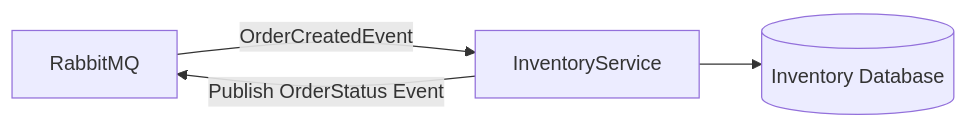
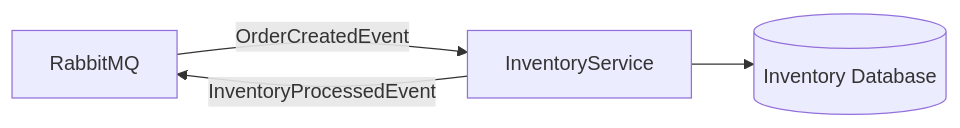
One commit to BrandonGatewood/distributedOrderProcessingSystem changed the second of 3 diagrams in README.md. Above: the diagram before and after it, drawn with Mermaid. The commit also changed other lines of this file, not shown here.

````diff
--- a/README.md
+++ b/README.md
@@ -57,6 +57,6 @@
 ```mermaid
 flowchart LR
     RabbitMQ -->|OrderCreatedEvent| InventoryService
     InventoryService --> InventoryDB[(Inventory Database)]
-    InventoryService -->|Publish OrderStatus Event| RabbitMQ
+    InventoryService -->|InventoryProcessedEvent| RabbitMQ
 ```
````
